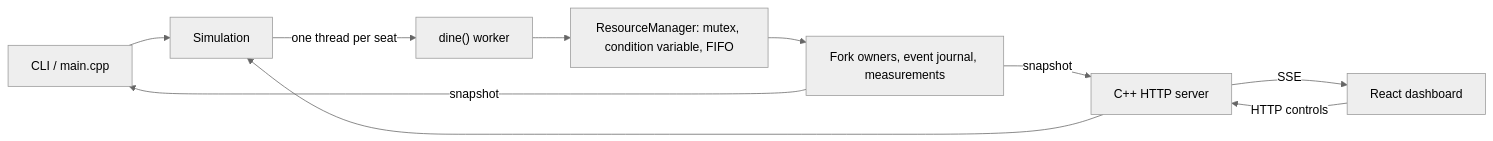
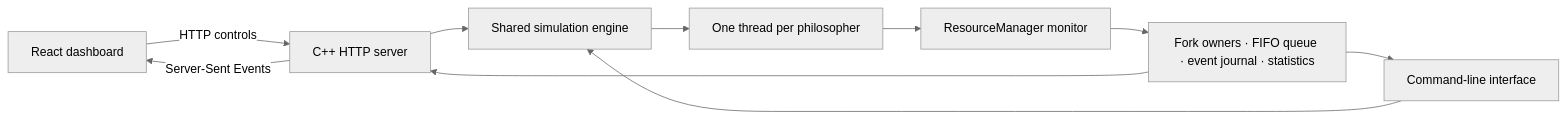
Before and after one commit to karthikbs01/dining-philosophers-simulator: the second of 3 diagrams in README.md, drawn with Mermaid (neutral theme). The commit also changed other lines of this file and 2 other files, not shown here.

````diff
--- a/README.md
+++ b/README.md
@@ -80,12 +170,12 @@
-~~~mermaid
+```mermaid
 flowchart LR
-    CLI["CLI / main.cpp"] --> S["Simulation"]
-    UI["React dashboard"] -->|HTTP controls| API["C++ HTTP server"]
-    API --> S
-    S -->|one thread per seat| W["dine() worker"]
-    W --> M["ResourceManager: mutex, condition variable, FIFO"]
-    M --> D["Fork owners, event journal, measurements"]
-    D -->|snapshot| CLI
-    D -->|snapshot| API
-    API -->|SSE| UI
-~~~
+    Browser[React dashboard] -->|HTTP controls| Server[C++ HTTP server]
+    Server --> Engine[Shared simulation engine]
+    CLI[Command-line interface] --> Engine
+    Engine --> Workers[One thread per philosopher]
+    Workers --> Manager[ResourceManager monitor]
+    Manager --> State[Fork owners · FIFO queue · event journal · statistics]
+    State --> CLI
+    State --> Server
+    Server -->|Server-Sent Events| Browser
+```
````
